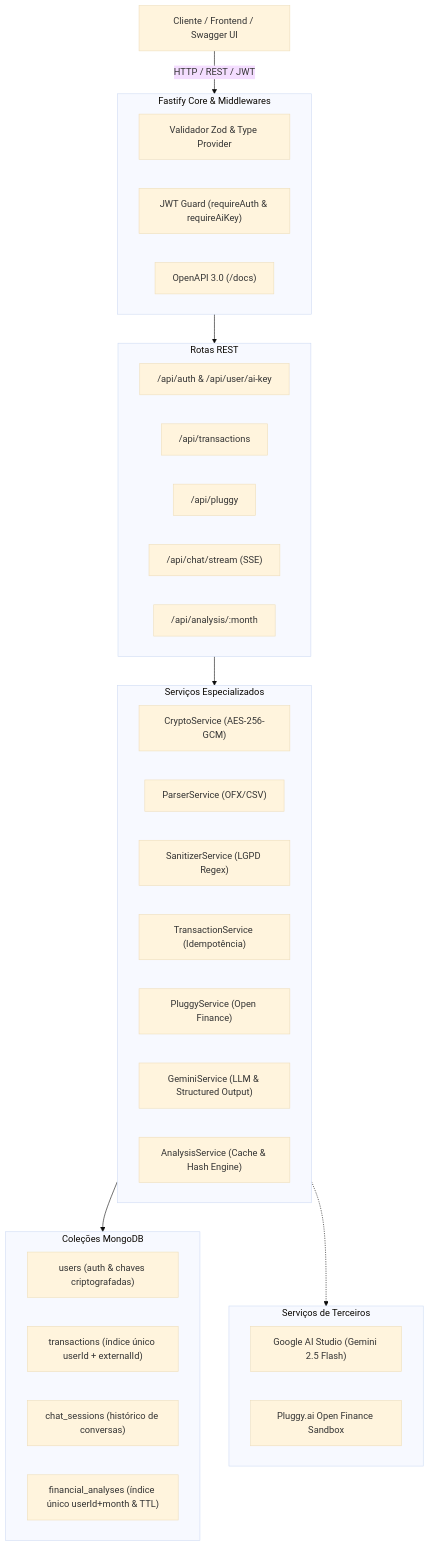
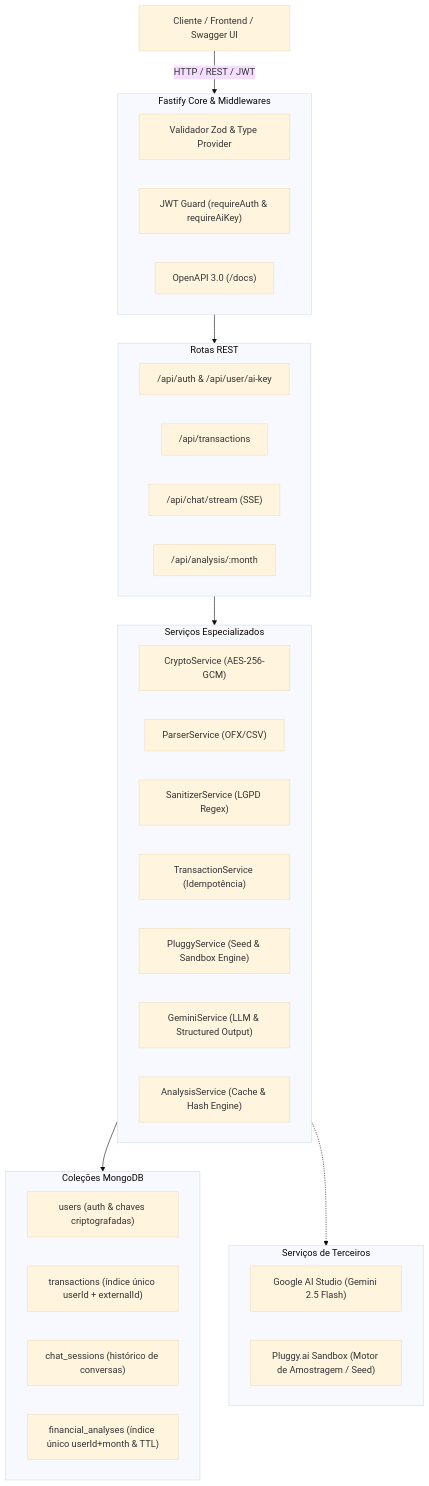
One commit to Projeto-TCC-Dash/projeto-backend-dashboard changed the first of 4 diagrams in README.md. Above: the diagram before and after it, drawn with Mermaid (base theme). The commit also changed other lines of this file and 15 other files, not shown here.

Commit message:
feat(pluggy): isolate Pluggy as internal sandbox seed engine and remove public integration route

````diff
--- a/README.md
+++ b/README.md
@@ -66,48 +66,47 @@
 ```mermaid
 flowchart TD
     Client["Cliente / Frontend / Swagger UI"] -->|HTTP / REST / JWT| FastifyApp["Fastify HTTP Server (:3000)"]
 
     subgraph FastifyApp["Fastify Core & Middlewares"]
         ZodValidator["Validador Zod & Type Provider"]
         AuthMiddleware["JWT Guard (requireAuth & requireAiKey)"]
         SwaggerModule["OpenAPI 3.0 (/docs)"]
     end
 
     FastifyApp --> Router["Camada de Rotas"]
 
     subgraph Router["Rotas REST"]
         R_Auth["/api/auth & /api/user/ai-key"]
         R_Tx["/api/transactions"]
-        R_Pluggy["/api/pluggy"]
         R_Chat["/api/chat/stream (SSE)"]
         R_Analysis["/api/analysis/:month"]
     end
 
     Router --> Services["Camada de Serviços de Domínio"]
 
     subgraph Services["Serviços Especializados"]
         CryptoSvc["CryptoService (AES-256-GCM)"]
         ParserSvc["ParserService (OFX/CSV)"]
         SanitizerSvc["SanitizerService (LGPD Regex)"]
         TxSvc["TransactionService (Idempotência)"]
-        PluggySvc["PluggyService (Open Finance)"]
+        PluggySvc["PluggyService (Seed & Sandbox Engine)"]
         GeminiSvc["GeminiService (LLM & Structured Output)"]
         AnalysisSvc["AnalysisService (Cache & Hash Engine)"]
     end
 
     Services --> DataLayer[("MongoDB 7.0")]
 
     subgraph DataLayer["Coleções MongoDB"]
         Coll_Users["users (auth & chaves criptografadas)"]
         Coll_Tx["transactions (índice único userId + externalId)"]
         Coll_Chat["chat_sessions (histórico de conversas)"]
         Coll_Analysis["financial_analyses (índice único userId+month & TTL)"]
     end
 
     Services -.-> ExternalAPIs["APIs Externas"]
 
     subgraph ExternalAPIs["Serviços de Terceiros"]
         GoogleGemini["Google AI Studio (Gemini 2.5 Flash)"]
-        PluggyAPI["Pluggy.ai Open Finance Sandbox"]
+        PluggyAPI["Pluggy.ai Sandbox (Motor de Amostragem / Seed)"]
     end
 ```
````
